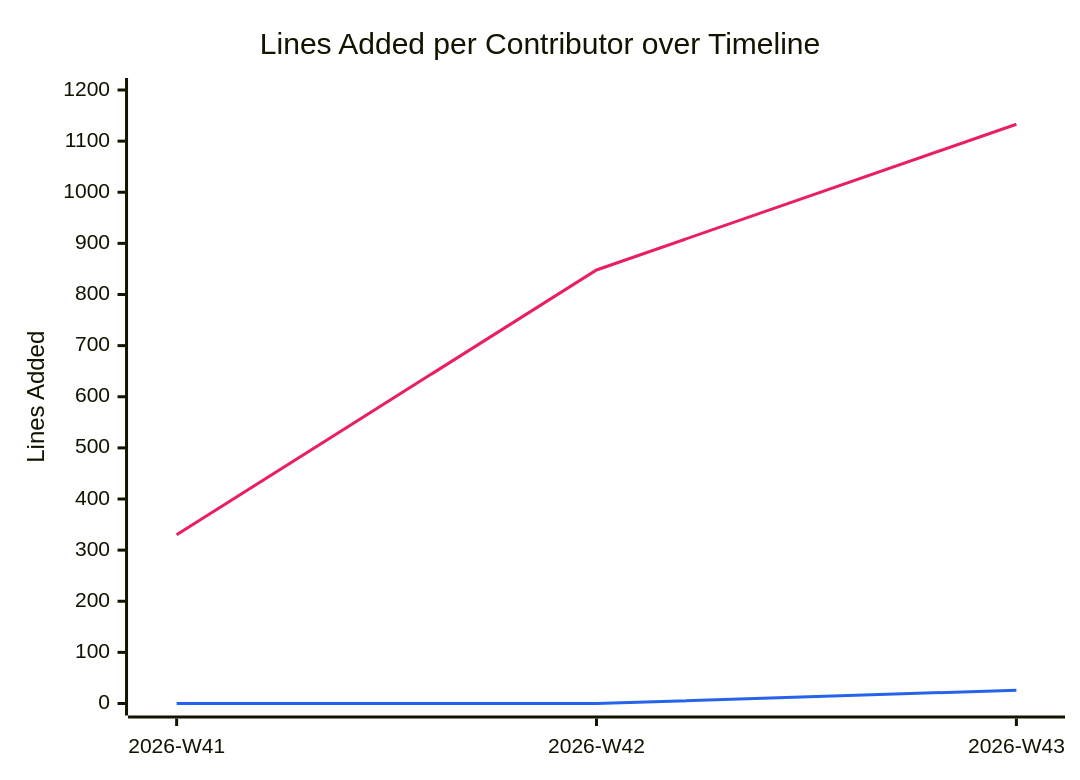
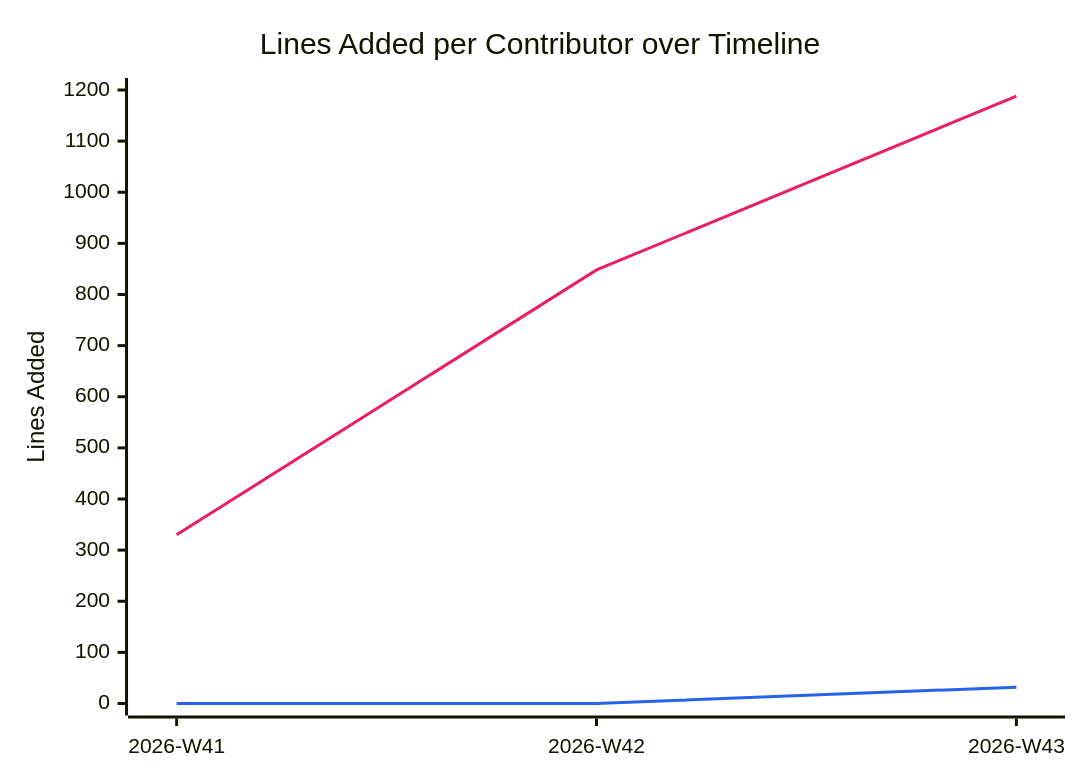
The diagram in documentation/snippets/management/code-additions.mmd (BeyondMagic/swe-template), drawn with Mermaid before and after one commit. The commit also changed 2 other files, not shown here.

```diff
--- a/documentation/snippets/management/code-additions.mmd
+++ b/documentation/snippets/management/code-additions.mmd
@@ -1,7 +1,7 @@
 %%{init: {"themeVariables": {"xyChart": {"plotColorPalette": "#e91e63, #2563eb"}}}}%%
 xychart-beta
     title "Lines Added per Contributor over Timeline"
     x-axis ["2026-W41", "2026-W42", "2026-W43"]
     y-axis "Lines Added" 0 --> 1200
-    line [330, 848, 1133]
-    line [0, 0, 26]
+    line [330, 848, 1188]
+    line [0, 0, 32]
```
